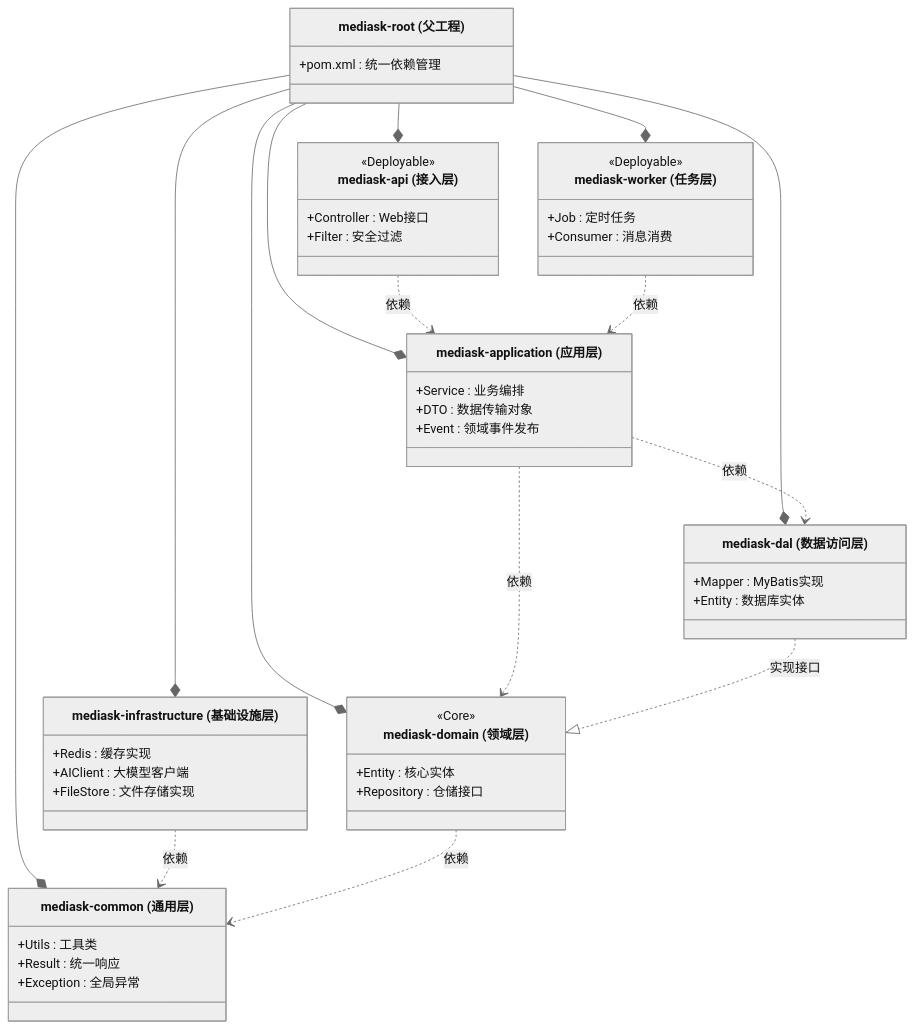
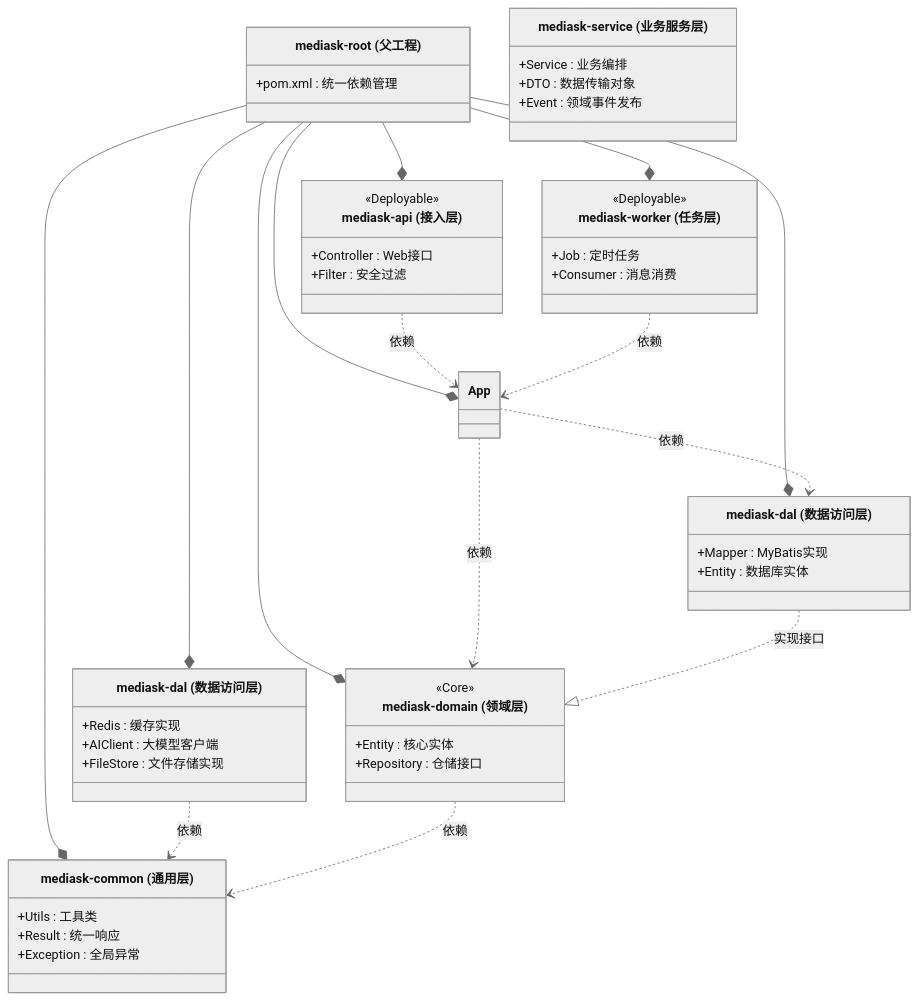
The second of 2 diagrams in docs/01-ARCHITECTURE_OVERVIEW.md (JianwenShaw/MediAskDocs), drawn with Mermaid (neutral theme) before and after one commit. The commit also changed other lines of this file and 2 other files, not shown here.

````diff
--- a/docs/01-ARCHITECTURE_OVERVIEW.md
+++ b/docs/01-ARCHITECTURE_OVERVIEW.md
@@ -136,65 +136,65 @@
 ```mermaid
 classDiagram
     direction TB
     
     class Root ["mediask-root (父工程)"] {
         +pom.xml : 统一依赖管理
     }
 
     class API ["mediask-api (接入层)"] {
         +Controller : Web接口
         +Filter : 安全过滤
         <<Deployable>>
     }
 
     class Worker ["mediask-worker (任务层)"] {
         +Job : 定时任务
         +Consumer : 消息消费
         <<Deployable>>
     }
 
-    class App ["mediask-application (应用层)"] {
+    class Service ["mediask-service (业务服务层)"] {
         +Service : 业务编排
         +DTO : 数据传输对象
         +Event : 领域事件发布
     }
 
     class Domain ["mediask-domain (领域层)"] {
         +Entity : 核心实体
         +Repository : 仓储接口
         <<Core>>
     }
 
     class DAL ["mediask-dal (数据访问层)"] {
         +Mapper : MyBatis实现
         +Entity : 数据库实体
     }
 
-    class Infra ["mediask-infrastructure (基础设施层)"] {
+    class Infra ["mediask-dal (数据访问层)"] {
         +Redis : 缓存实现
         +AIClient : 大模型客户端
         +FileStore : 文件存储实现
     }
 
     class Common ["mediask-common (通用层)"] {
         +Utils : 工具类
         +Result : 统一响应
         +Exception : 全局异常
     }
 
     Root --* API
     Root --* Worker
     Root --* App
     Root --* Domain
     Root --* DAL
     Root --* Infra
     Root --* Common
 
     API ..> App : 依赖
     Worker ..> App : 依赖
     App ..> Domain : 依赖
     DAL ..|> Domain : 实现接口
     Infra ..> Common : 依赖
     Domain ..> Common : 依赖
     App ..> DAL : 依赖
 ```
````
